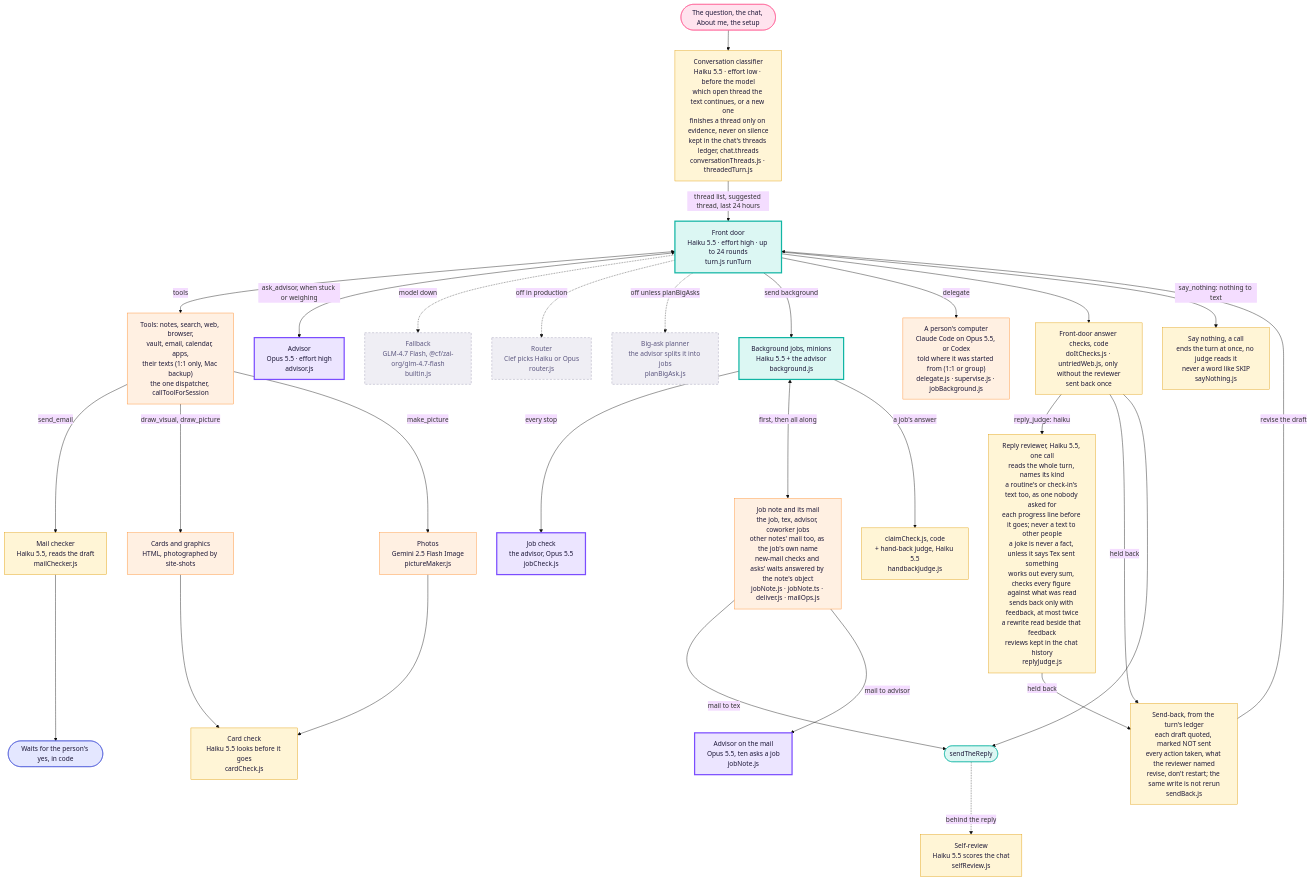
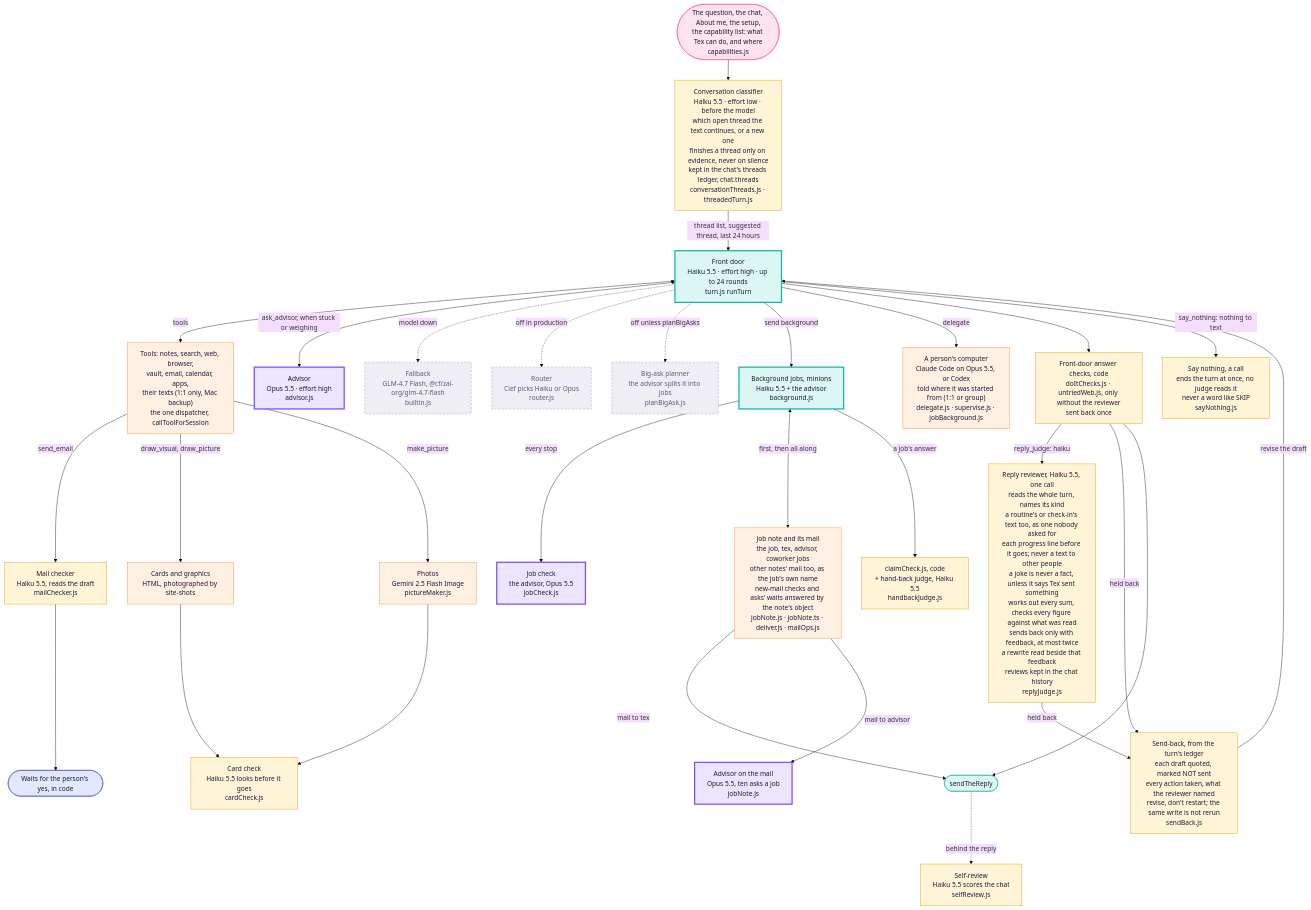
Before and after one commit to Supa-Media/context: the third of 3 diagrams in docs/architecture/tex.md, drawn with Mermaid (base theme). The commit also changed other lines of this file and 11 other files, not shown here.

````diff
--- a/docs/architecture/tex.md
+++ b/docs/architecture/tex.md
@@ -112,45 +112,45 @@
 ```mermaid
 flowchart TB
-  Q([The question, the chat, About me, the setup]):::you --> CL
+  Q([The question, the chat, About me, the setup,<br/>the capability list: what Tex can do, and where<br/>capabilities.js]):::you --> CL
   CL["Conversation classifier<br/>Haiku 5.5 · effort low · before the model<br/>which open thread the text continues, or a new one<br/>finishes a thread only on evidence, never on silence<br/>kept in the chat's threads ledger, chat.threads<br/>conversationThreads.js · threadedTurn.js"]:::judge
   CL -->|thread list, suggested thread, last 24 hours| FD
   FD["Front door<br/>Haiku 5.5 · effort high · up to 24 rounds<br/>turn.js runTurn"]:::haiku
   FD <-->|tools| T["Tools: notes, search, web, browser,<br/>vault, email, calendar, apps,<br/>their texts (1:1 only, Mac backup)<br/>the one dispatcher, callToolForSession"]:::tool
   FD <-->|ask_advisor, when stuck or weighing| ADV["Advisor<br/>Opus 5.5 · effort high<br/>advisor.js"]:::opus
   FD -. model down .-> FB["Fallback<br/>GLM-4.7 Flash, @cf/zai-org/glm-4.7-flash<br/>builtin.js"]:::off
   FD -. off in production .-> RT["Router<br/>Clef picks Haiku or Opus<br/>router.js"]:::off
   FD -. off unless planBigAsks .-> PL["Big-ask planner<br/>the advisor splits it into jobs<br/>planBigAsk.js"]:::off
 
   FD -->|send background| JOB["Background jobs, minions<br/>Haiku 5.5 + the advisor<br/>background.js"]:::haiku
   JOB -->|every stop| JC["Job check<br/>the advisor, Opus 5.5<br/>jobCheck.js"]:::opus
   JOB <-->|first, then all along| JN["Job note and its mail<br/>the job, tex, advisor, coworker jobs<br/>other notes' mail too, as the job's own name<br/>new-mail checks and asks' waits answered by the note's object<br/>jobNote.js · jobNote.ts · deliver.js · mailOps.js"]:::tool
   JN -->|mail to tex| SEND
   JN -->|mail to advisor| JNA["Advisor on the mail<br/>Opus 5.5, ten asks a job<br/>jobNote.js"]:::opus
   JOB -->|a job's answer| JCK["claimCheck.js, code<br/>+ hand-back judge, Haiku 5.5<br/>handbackJudge.js"]:::judge
   FD -->|delegate| DL["A person's computer<br/>Claude Code on Opus 5.5, or Codex<br/>told where it was started from (1:1 or group)<br/>delegate.js · supervise.js · jobBackground.js"]:::tool
 
   T -->|send_email| MC["Mail checker<br/>Haiku 5.5, reads the draft<br/>mailChecker.js"]:::judge
   MC --> YES([Waits for the person's yes, in code]):::rail
   T -->|draw_visual, draw_picture| PIC["Cards and graphics<br/>HTML, photographed by site-shots"]:::tool
   T -->|make_picture| IMG["Photos<br/>Gemini 2.5 Flash Image<br/>pictureMaker.js"]:::tool
   PIC --> CC["Card check<br/>Haiku 5.5 looks before it goes<br/>cardCheck.js"]:::judge
   IMG --> CC
 
   FD --> CHK["Front-door answer checks, code<br/>doItChecks.js · untriedWeb.js, only without the reviewer<br/>sent back once"]:::judge
   FD -->|say_nothing: nothing to text| QT["Say nothing, a call<br/>ends the turn at once, no judge reads it<br/>never a word like SKIP<br/>sayNothing.js"]:::judge
   CHK -->|reply_judge: haiku| RJ["Reply reviewer, Haiku 5.5, one call<br/>reads the whole turn, names its kind<br/>a routine's or check-in's text too, as one nobody asked for<br/>each progress line before it goes; never a text to other people<br/>a joke is never a fact, unless it says Tex sent something<br/>works out every sum, checks every figure against what was read<br/>sends back only with feedback, at most twice<br/>a rewrite read beside that feedback<br/>reviews kept in the chat history<br/>replyJudge.js"]:::judge
   CHK -->|held back| SB["Send-back, from the turn's ledger<br/>each draft quoted, marked NOT sent<br/>every action taken, what the reviewer named<br/>revise, don't restart; the same write is not rerun<br/>sendBack.js"]:::judge
   RJ -->|held back| SB
   SB -->|revise the draft| FD
   CHK --> SEND([sendTheReply]):::door
   SEND -. behind the reply .-> SR["Self-review<br/>Haiku 5.5 scores the chat<br/>selfReview.js"]:::judge
 
   classDef you fill:#ffe3ee,stroke:#ff4f8b,color:#1d1838
   classDef haiku fill:#dcf7f3,stroke:#11b5a4,stroke-width:3px,color:#1d1838
   classDef opus fill:#ece5ff,stroke:#7b4dff,stroke-width:3px,color:#1d1838
   classDef judge fill:#fff5d6,stroke:#e09a00,color:#1d1838
   classDef tool fill:#fff0e2,stroke:#ff8a2a,color:#1d1838
   classDef rail fill:#e4e7ff,stroke:#3c4bd6,color:#1d1838
   classDef door fill:#dcf7f3,stroke:#11b5a4,color:#1d1838
   classDef off fill:#efeef4,stroke:#9a97b0,stroke-dasharray:5 4,color:#5d5880
 ```
````
